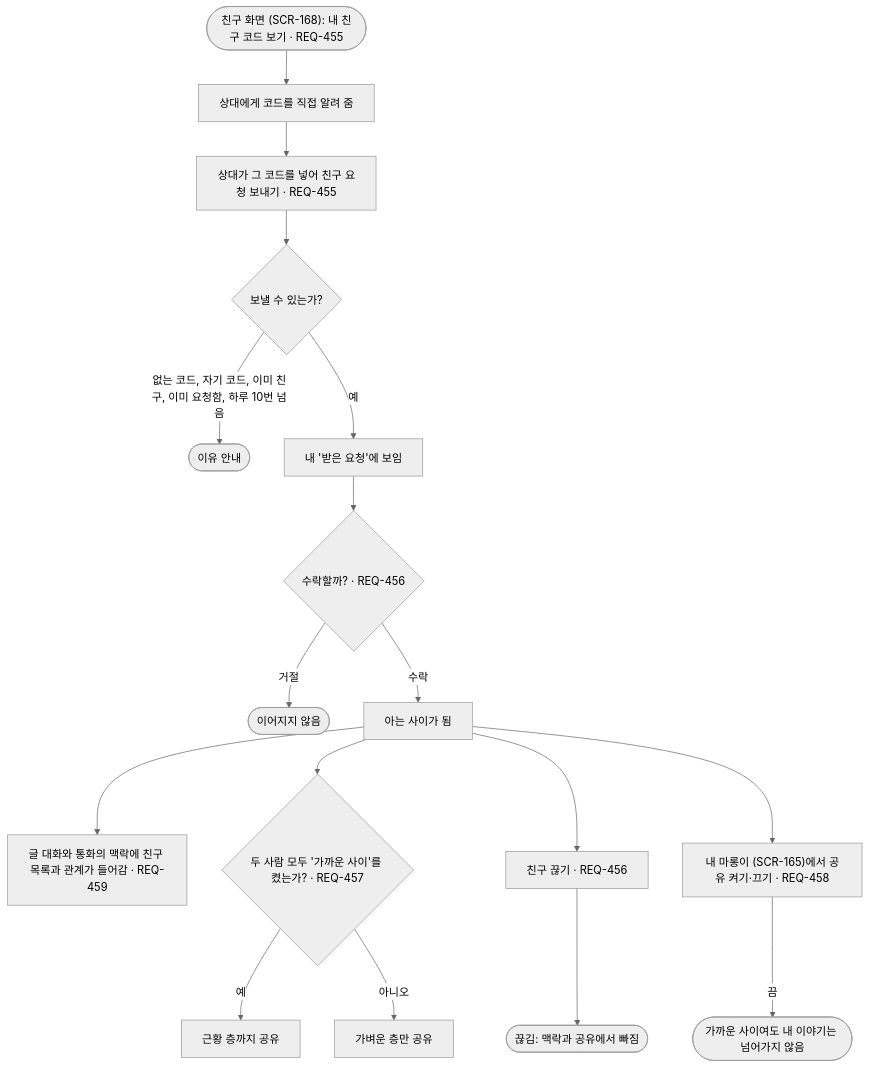
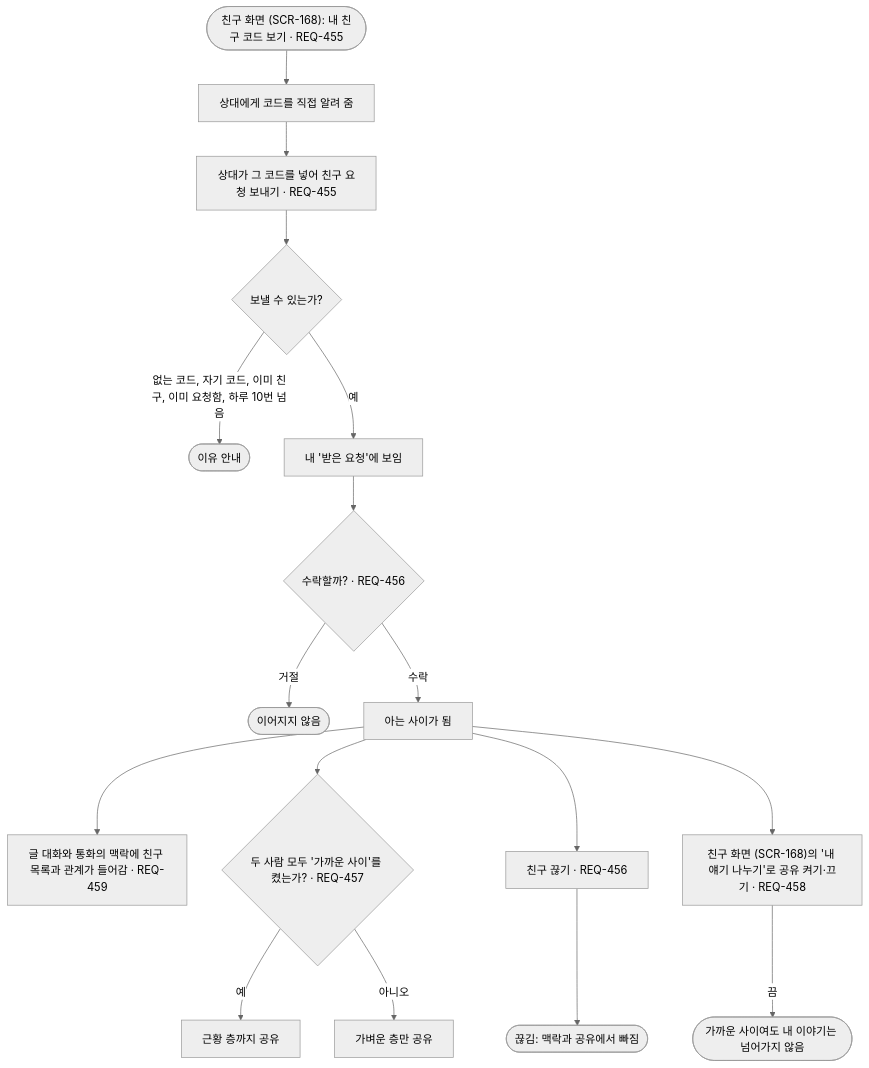
The diagram in docs/03-user-flow/FL-175-friend-request.md (kodonghui/marong2), drawn with Mermaid (neutral theme) before and after one commit. The commit also changed other lines of this file and 12 other files, not shown here.

````diff
--- a/docs/03-user-flow/FL-175-friend-request.md
+++ b/docs/03-user-flow/FL-175-friend-request.md
@@ -7,19 +7,19 @@
 ```mermaid
 flowchart TD
   A(["친구 화면 (SCR-168): 내 친구 코드 보기 · REQ-455"]) --> B["상대에게 코드를 직접 알려 줌"]
   B --> C["상대가 그 코드를 넣어 친구 요청 보내기 · REQ-455"]
   C --> D{"보낼 수 있는가?"}
   D -->|"없는 코드, 자기 코드, 이미 친구, 이미 요청함, 하루 10번 넘음"| D1(["이유 안내"])
   D -->|"예"| E["내 '받은 요청'에 보임"]
   E --> F{"수락할까? · REQ-456"}
   F -->|"거절"| F1(["이어지지 않음"])
   F -->|"수락"| G["아는 사이가 됨"]
   G --> H["글 대화와 통화의 맥락에 친구 목록과 관계가 들어감 · REQ-459"]
   G --> I{"두 사람 모두 '가까운 사이'를 켰는가? · REQ-457"}
   I -->|"예"| I1["근황 층까지 공유"]
   I -->|"아니오"| I2["가벼운 층만 공유"]
   G --> J["친구 끊기 · REQ-456"]
   J --> J1(["끊김: 맥락과 공유에서 빠짐"])
-  G --> K["내 마롱이 (SCR-165)에서 공유 켜기·끄기 · REQ-458"]
+  G --> K["친구 화면 (SCR-168)의 '내 얘기 나누기'로 공유 켜기·끄기 · REQ-458"]
   K -->|"끔"| K1(["가까운 사이여도 내 이야기는 넘어가지 않음"])
 ```
````
